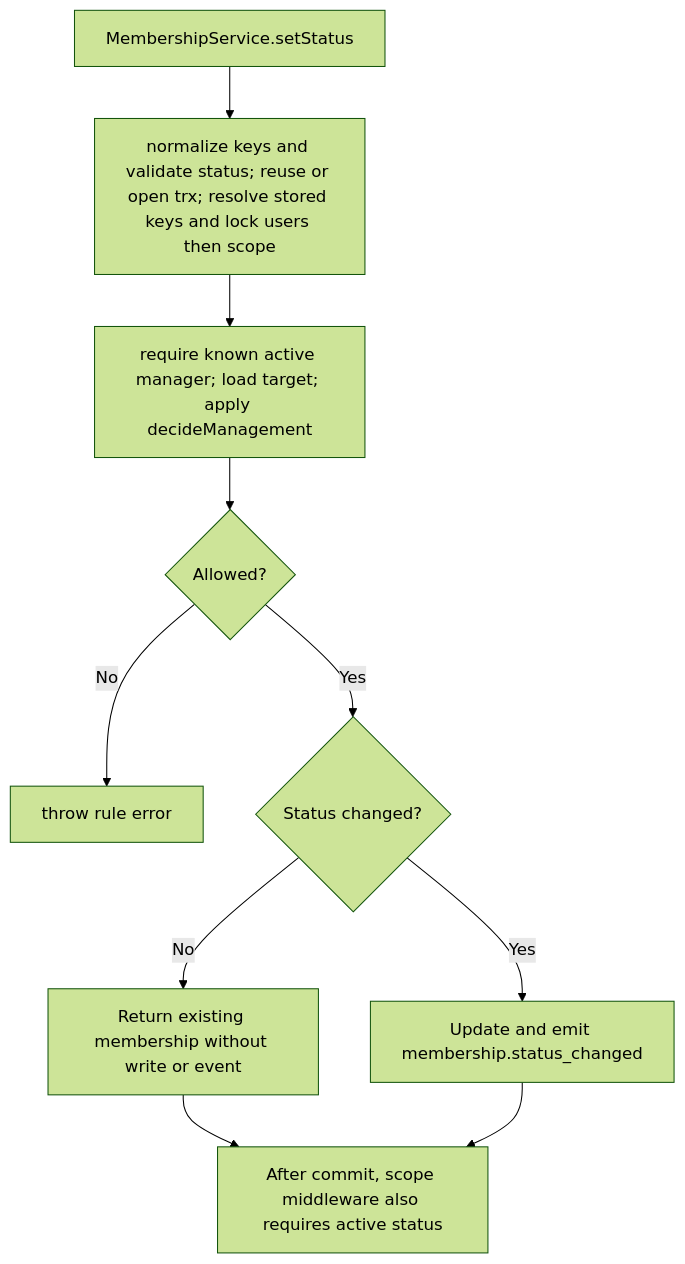
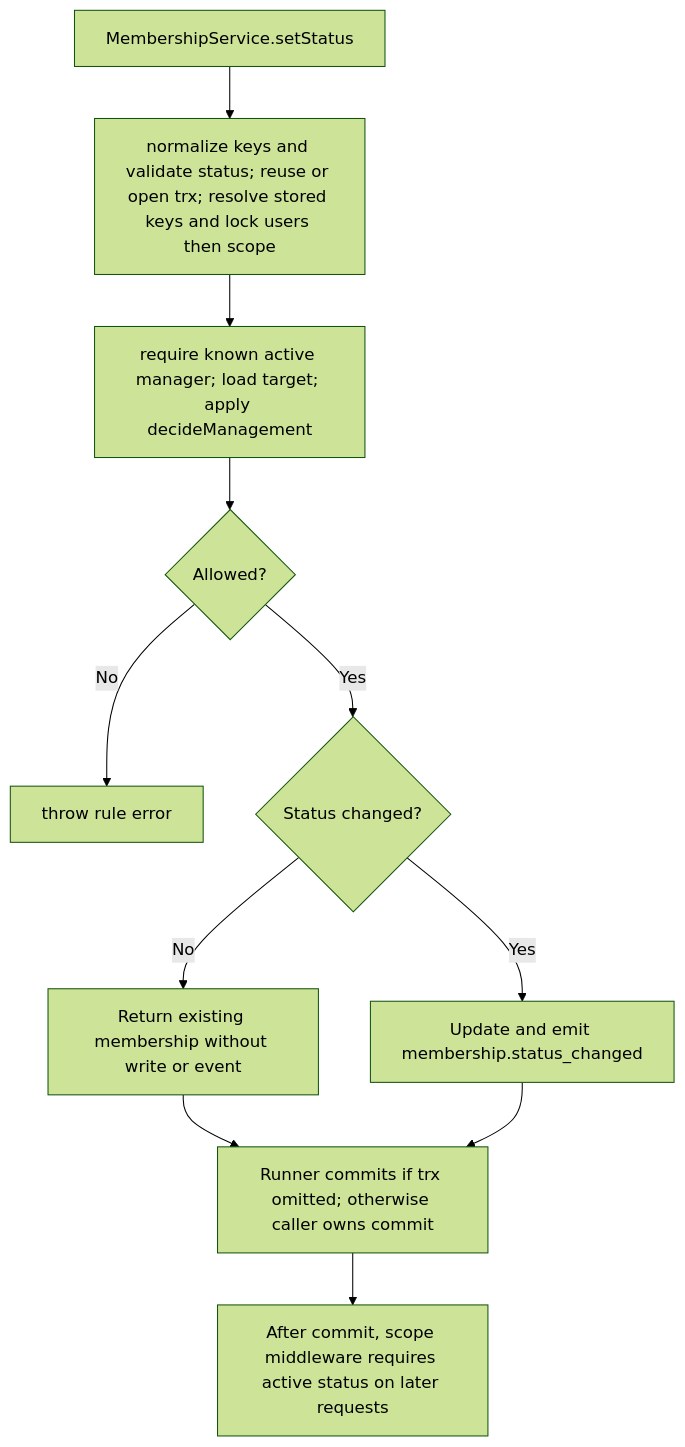
Before and after one commit to Kevinjohn/oss-adonisjs-access-control: the second of 2 diagrams in user-stories/US-ACCESS-05-change-member-status.md, drawn with Mermaid (forest theme). The commit also changed 18 other files, not shown here.

Commit message:
Reconcile access control story flows

````diff
--- a/user-stories/US-ACCESS-05-change-member-status.md
+++ b/user-stories/US-ACCESS-05-change-member-status.md
@@ -42,12 +42,13 @@
 ```mermaid
 flowchart TD
     A["MembershipService.setStatus"] --> B["normalize keys and validate status; reuse or open trx; resolve stored keys and lock users then scope"]
     B --> C["require known active manager; load target; apply decideManagement"]
     C --> D{"Allowed?"}
     D -->|No| E["throw rule error"]
     D -->|Yes| F{"Status changed?"}
     F -->|No| H["Return existing membership without write or event"]
     F -->|Yes| I["Update and emit membership.status_changed"]
-    H --> G["After commit, scope middleware also requires active status"]
+    H --> G["Runner commits if trx omitted; otherwise caller owns commit"]
     I --> G
+    G --> J["After commit, scope middleware requires active status on later requests"]
 ```
````
